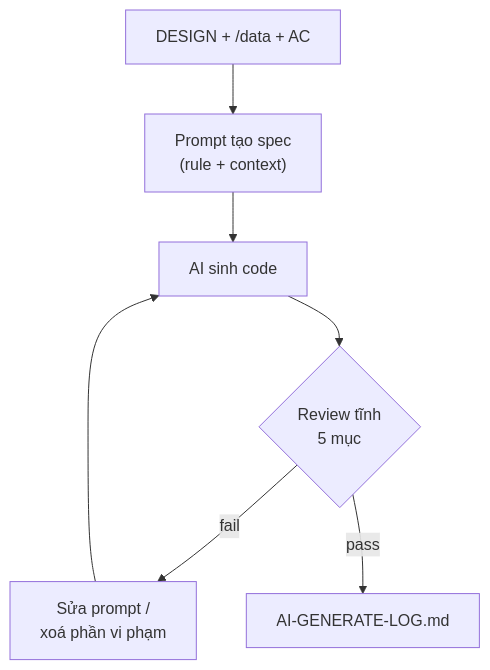
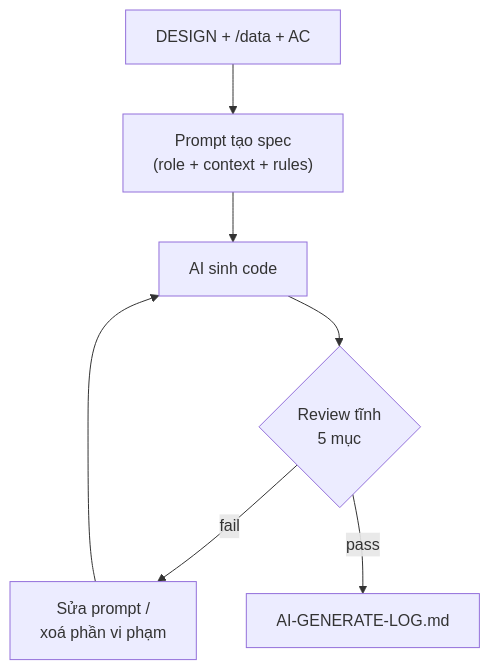
The second of 4 diagrams in docs/curriculum/MODULE-07-ai-playwright.md (heino-labs/gen-ai-labs), drawn with Mermaid before and after one commit. The commit also changed other lines of this file and 10 other files, not shown here.

Commit message:
Refactor MODULE-09-capstone.md and README.md for clarity and structure; enhance narrative flow and emphasize evidence-based learning in AI testing curriculum.

````diff
--- a/docs/curriculum/MODULE-07-ai-playwright.md
+++ b/docs/curriculum/MODULE-07-ai-playwright.md
@@ -98,9 +72,9 @@
 ```mermaid
 flowchart TD
-    DES["DESIGN + /data + AC"] --> PRO["Prompt tạo spec<br/>(rule + context)"]
+    DES["DESIGN + /data + AC"] --> PRO["Prompt tạo spec<br/>(role + context + rules)"]
     PRO --> AI["AI sinh code"]
     AI --> CHK{"Review tĩnh<br/>5 mục"}
     CHK -- fail --> REGEN["Sửa prompt /<br/>xoá phần vi phạm"]
     REGEN --> AI
     CHK -- pass --> LOG["AI-GENERATE-LOG.md"]
 ```
````
